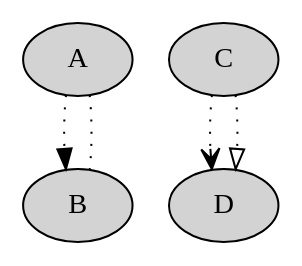
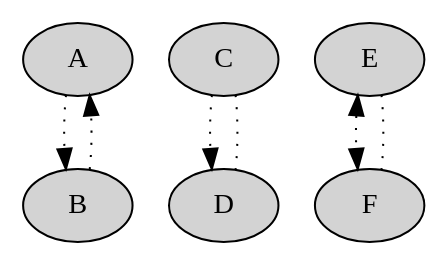
Before and after one commit to libyui/libyui: the diagram in libyui-qt-graph/examples/arrows.dot, drawn with Graphviz. The commit also changed 4 other files, not shown here.

```diff
--- a/libyui-qt-graph/examples/arrows.dot
+++ b/libyui-qt-graph/examples/arrows.dot
@@ -1,11 +1,14 @@
 digraph
 {
     node [style="filled"];
     edge [style="dotted"];
 
-    A -> B [arrowhead="normal", arrowtail="normal"];
-    A -> B [arrowhead="none", arrowtail="none"];
+    A -> B;
+    B -> A;
 
-    C -> D [arrowhead="open"];
-    C -> D [arrowhead="empty"];
+    C -> D [arrowhead="normal", arrowtail="normal"];
+    C -> D [arrowhead="none", arrowtail="none"];
+
+    E -> F [dir="both"];
+    E -> F [dir="none"];
 }
```
